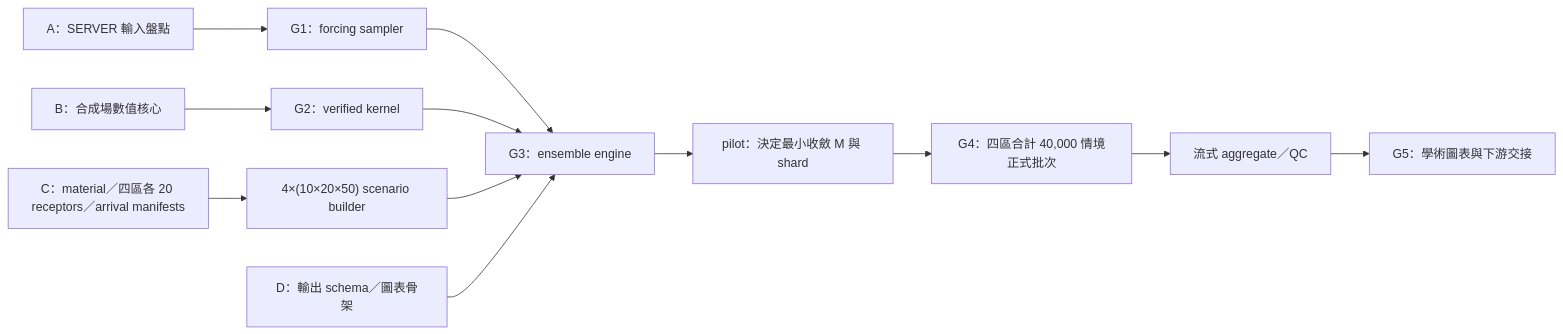
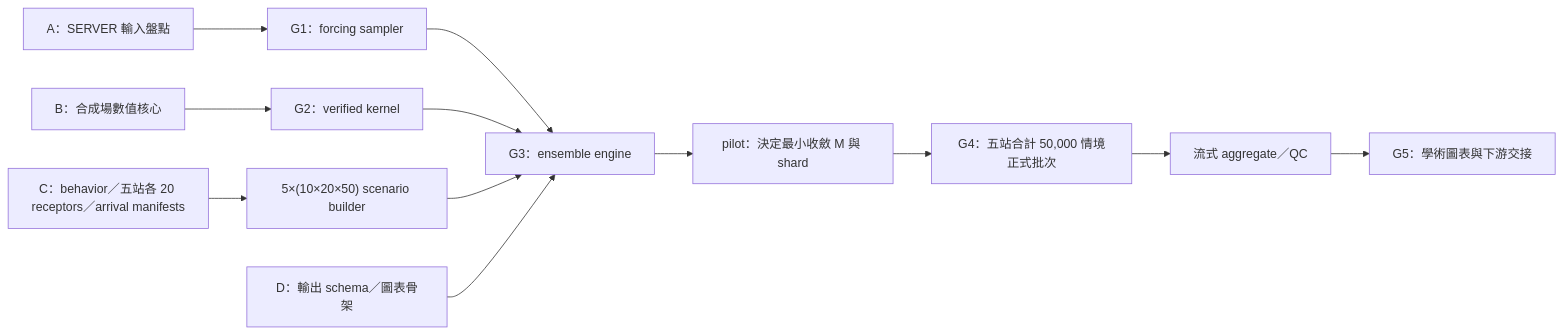
One commit to SpiderFang/Lagrangian-Ensemble-Backtracking changed the diagram in docs/04_implementation_plan.md. Above: the diagram before and after it, drawn with Mermaid. The commit also changed other lines of this file and 9 other files, not shown here.

````diff
--- a/docs/04_implementation_plan.md
+++ b/docs/04_implementation_plan.md
@@ -11,14 +11,14 @@
 ```mermaid
 flowchart LR
     A["A：SERVER 輸入盤點"] --> F["G1：forcing sampler"]
     B["B：合成場數值核心"] --> N["G2：verified kernel"]
-    C["C：material／四區各 20 receptors／arrival manifests"] --> S["4×(10×20×50) scenario builder"]
+    C["C：behavior／五站各 20 receptors／arrival manifests"] --> S["5×(10×20×50) scenario builder"]
     F --> E["G3：ensemble engine"]
     N --> E
     S --> E
     D["D：輸出 schema／圖表骨架"] --> E
     E --> M["pilot：決定最小收斂 M 與 shard"]
-    M --> R["G4：四區合計 40,000 情境正式批次"]
+    M --> R["G4：五站合計 50,000 情境正式批次"]
     R --> A2["流式 aggregate／QC"]
     A2 --> H["G5：學術圖表與下游交接"]
 ```
````
